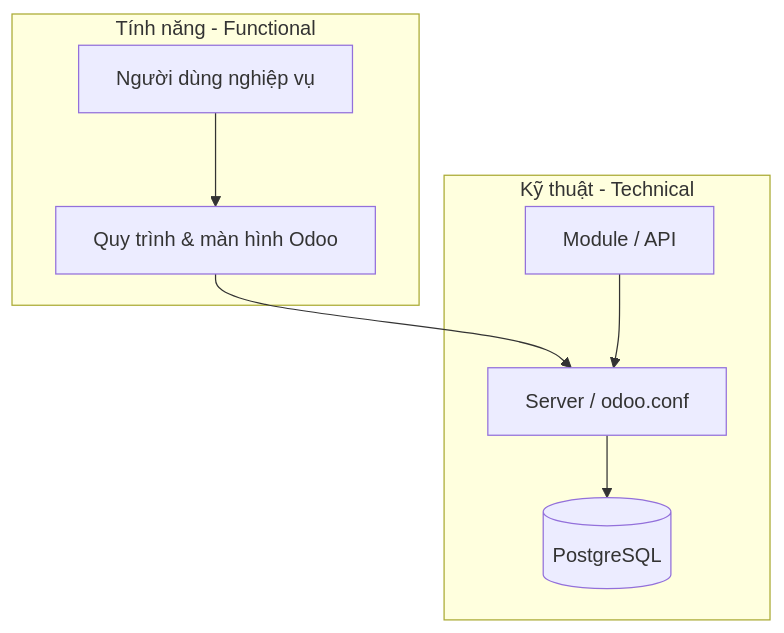
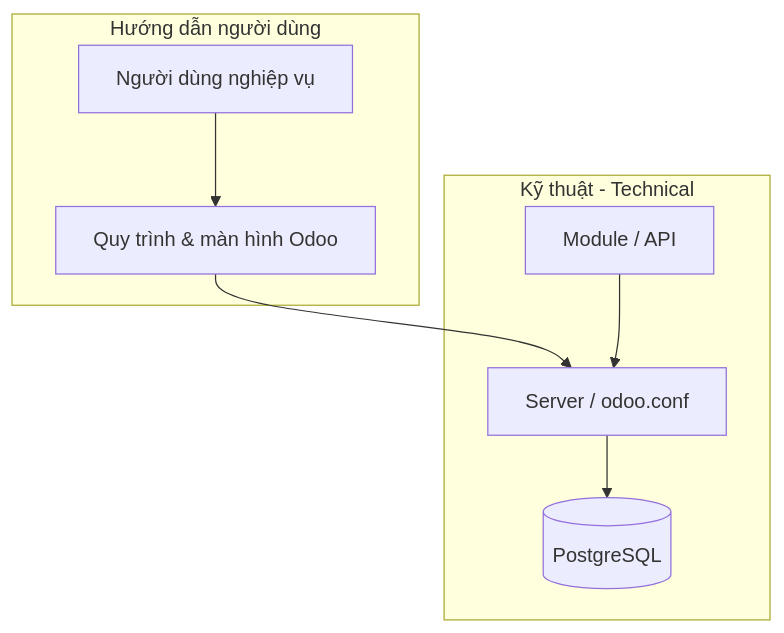
One commit to tranminhtriet1980/documentodoo17 changed the diagram in docs/technical/index.md. Above: the diagram before and after it, drawn with Mermaid. The commit also changed other lines of this file and 26 other files, not shown here.

````diff
--- a/docs/technical/index.md
+++ b/docs/technical/index.md
@@ -26,16 +29,16 @@
 ```mermaid
 flowchart TB
-    subgraph functional [Tính năng - Functional]
+    subgraph functional [Hướng dẫn người dùng]
         U[Người dùng nghiệp vụ]
         P[Quy trình & màn hình Odoo]
     end
     subgraph technical [Kỹ thuật - Technical]
         S[Server / odoo.conf]
         D[(PostgreSQL)]
         M[Module / API]
     end
     U --> P
     P --> S
     S --> D
     M --> S
 ```
````
